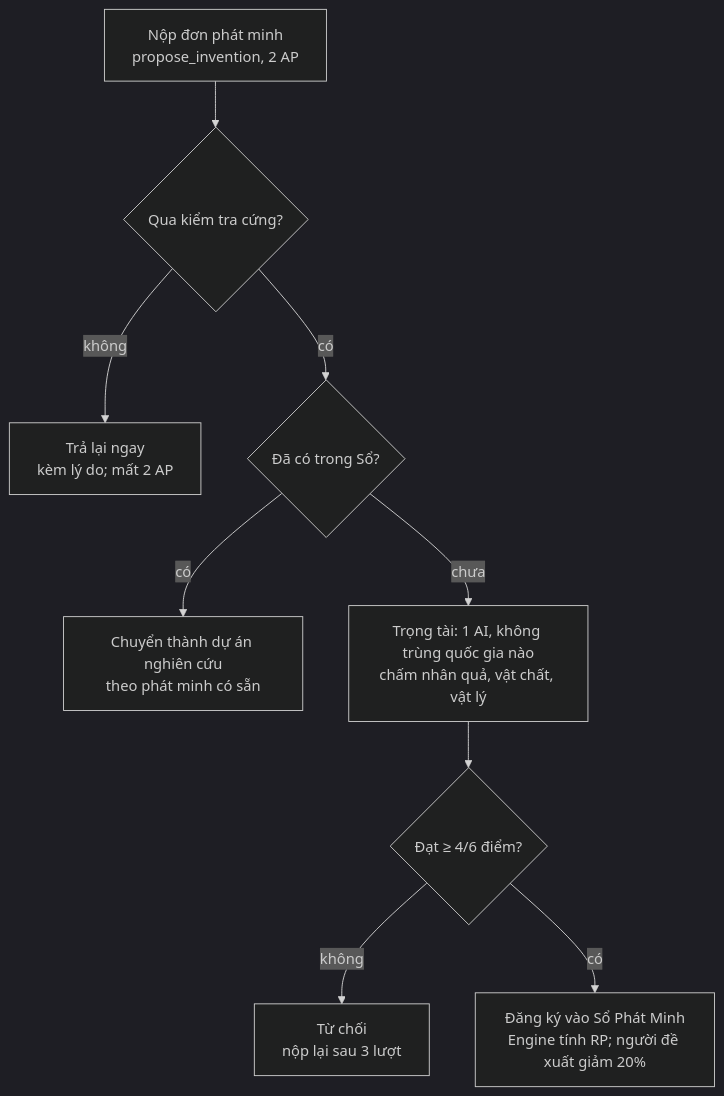
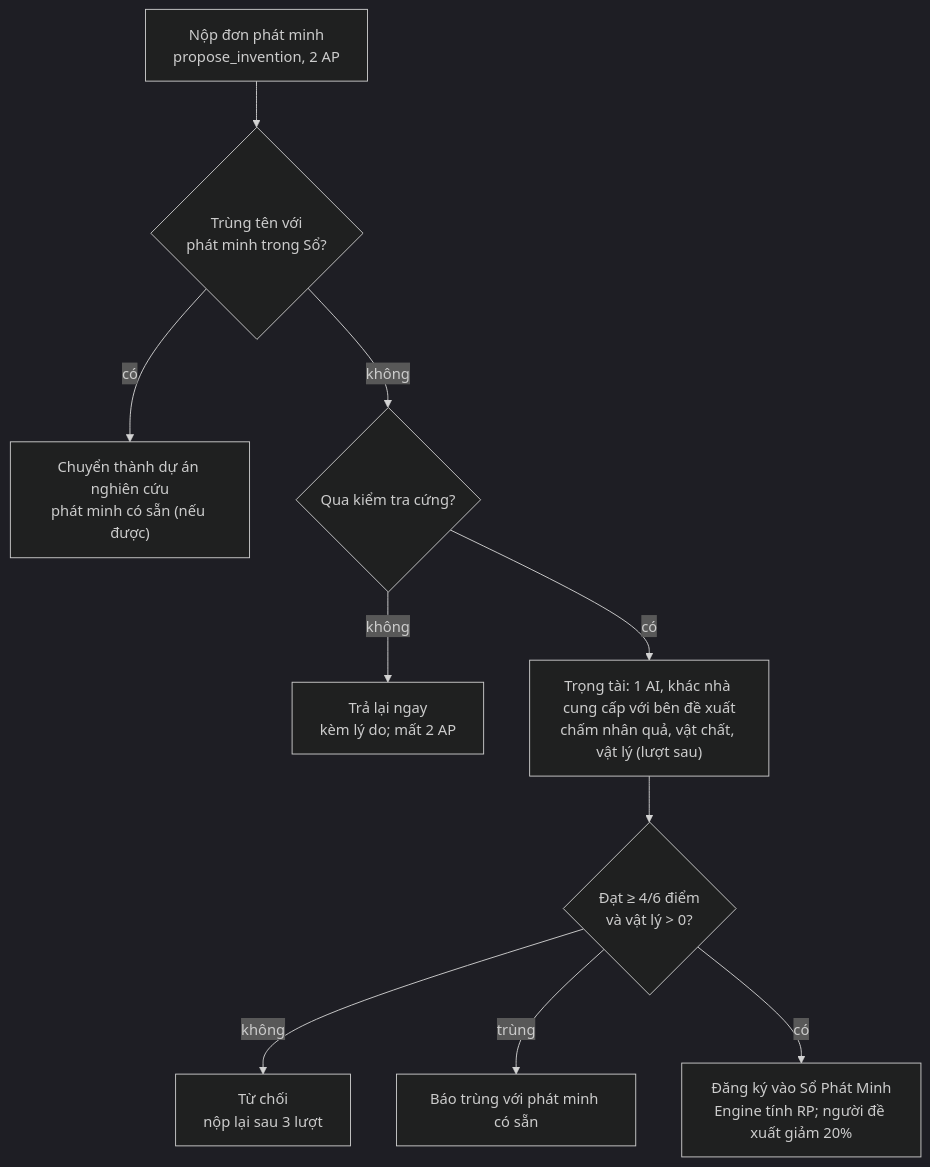
The first of 2 diagrams in docs/RULES.md (thihodev/sovereign-minds), drawn with Mermaid (dark theme) before and after one commit. The commit also changed other lines of this file and 1 other file, not shown here.

````diff
--- a/docs/RULES.md
+++ b/docs/RULES.md
@@ -210,11 +232,12 @@
 ```mermaid
 flowchart TD
-  A["Nộp đơn phát minh<br/>propose_invention, 2 AP"] --> B{"Qua kiểm tra cứng?"}
-  B -- không --> R1["Trả lại ngay<br/>kèm lý do; mất 2 AP"]
-  B -- có --> C{"Đã có trong Sổ?"}
-  C -- có --> R2["Chuyển thành dự án nghiên cứu<br/>theo phát minh có sẵn"]
-  C -- chưa --> D["Trọng tài: 1 AI, không trùng quốc gia nào<br/>chấm nhân quả, vật chất, vật lý"]
-  D --> E{"Đạt ≥ 4/6 điểm?"}
+  A["Nộp đơn phát minh<br/>propose_invention, 2 AP"] --> B{"Trùng tên với<br/>phát minh trong Sổ?"}
+  B -- có --> R2["Chuyển thành dự án nghiên cứu<br/>phát minh có sẵn (nếu được)"]
+  B -- không --> C{"Qua kiểm tra cứng?"}
+  C -- không --> R1["Trả lại ngay<br/>kèm lý do; mất 2 AP"]
+  C -- có --> D["Trọng tài: 1 AI, khác nhà cung cấp với bên đề xuất<br/>chấm nhân quả, vật chất, vật lý (lượt sau)"]
+  D --> E{"Đạt ≥ 4/6 điểm<br/>và vật lý > 0?"}
   E -- không --> R3["Từ chối<br/>nộp lại sau 3 lượt"]
+  E -- trùng --> R4["Báo trùng với phát minh có sẵn"]
   E -- có --> F["Đăng ký vào Sổ Phát Minh<br/>Engine tính RP; người đề xuất giảm 20%"]
 ```
````
